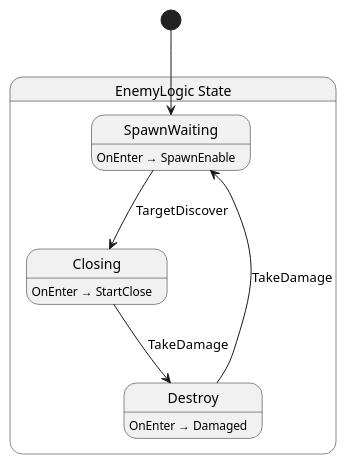
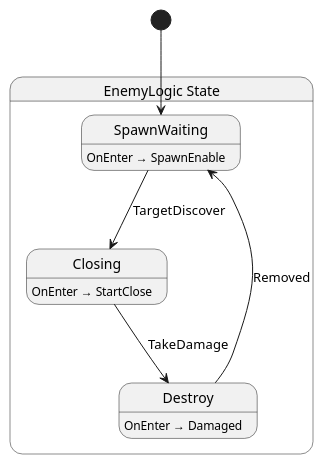
The diagram in src/enemy/state/EnemyLogic.g.puml (Ygoat/EternalJourney), drawn with PlantUML before and after one commit. The commit also changed 2 other files, not shown here.

```diff
--- a/src/enemy/state/EnemyLogic.g.puml
+++ b/src/enemy/state/EnemyLogic.g.puml
@@ -1,17 +1,17 @@
 @startuml EnemyLogic
 state "EnemyLogic State" as EternalJourney_Enemy_EnemyLogic_State {
   state "SpawnWaiting" as EternalJourney_Enemy_EnemyLogic_State_SpawnWaiting
   state "Closing" as EternalJourney_Enemy_EnemyLogic_State_Closing
   state "Destroy" as EternalJourney_Enemy_EnemyLogic_State_Destroy
 }
 
 EternalJourney_Enemy_EnemyLogic_State_Closing --> EternalJourney_Enemy_EnemyLogic_State_Destroy : TakeDamage
-EternalJourney_Enemy_EnemyLogic_State_Destroy --> EternalJourney_Enemy_EnemyLogic_State_SpawnWaiting : TakeDamage
+EternalJourney_Enemy_EnemyLogic_State_Destroy --> EternalJourney_Enemy_EnemyLogic_State_SpawnWaiting : Removed
 EternalJourney_Enemy_EnemyLogic_State_SpawnWaiting --> EternalJourney_Enemy_EnemyLogic_State_Closing : TargetDiscover
 
 EternalJourney_Enemy_EnemyLogic_State_Closing : OnEnter → StartClose
 EternalJourney_Enemy_EnemyLogic_State_Destroy : OnEnter → Damaged
 EternalJourney_Enemy_EnemyLogic_State_SpawnWaiting : OnEnter → SpawnEnable
 
 [*] --> EternalJourney_Enemy_EnemyLogic_State_SpawnWaiting
 @enduml
```
